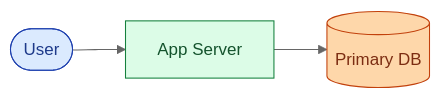
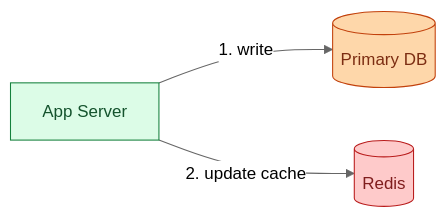
One commit to shiningflash/shiningflash.github.io changed the third of 23 diagrams in _practice/system-design/017-read-heavy-patterns.md. Above: the diagram before and after it, drawn with Mermaid (neutral theme). The commit also changed other lines of this file and 18 other files, not shown here.

````diff
--- a/_practice/system-design/017-read-heavy-patterns.md
+++ b/_practice/system-design/017-read-heavy-patterns.md
@@ -125,9 +88,9 @@
 ```mermaid
 flowchart LR
-    U([User]):::user --> App["App Server"]:::app
-    App --> DB[("Primary DB")]:::db
+    App["App Server"]:::app -->|"1. write"| DB[("Primary DB")]:::db
+    App -->|"2. update cache"| Redis[("Redis")]:::cache
 
-    classDef user fill:#dbeafe,stroke:#1e40af,color:#1e3a8a
     classDef app fill:#dcfce7,stroke:#15803d,color:#14532d
+    classDef cache fill:#fecaca,stroke:#b91c1c,color:#7f1d1d
     classDef db fill:#fed7aa,stroke:#c2410c,color:#7c2d12
 ```
````
